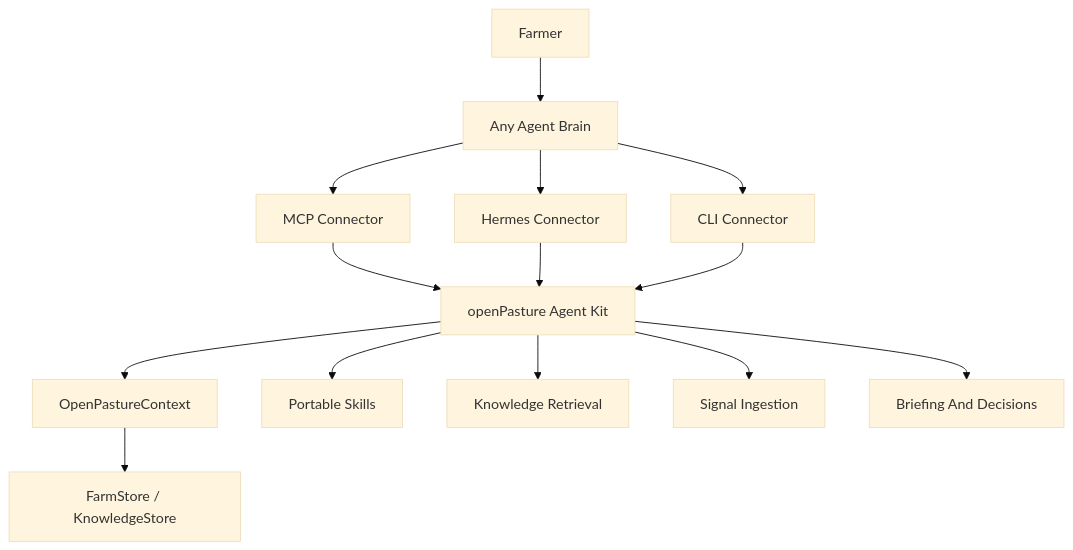
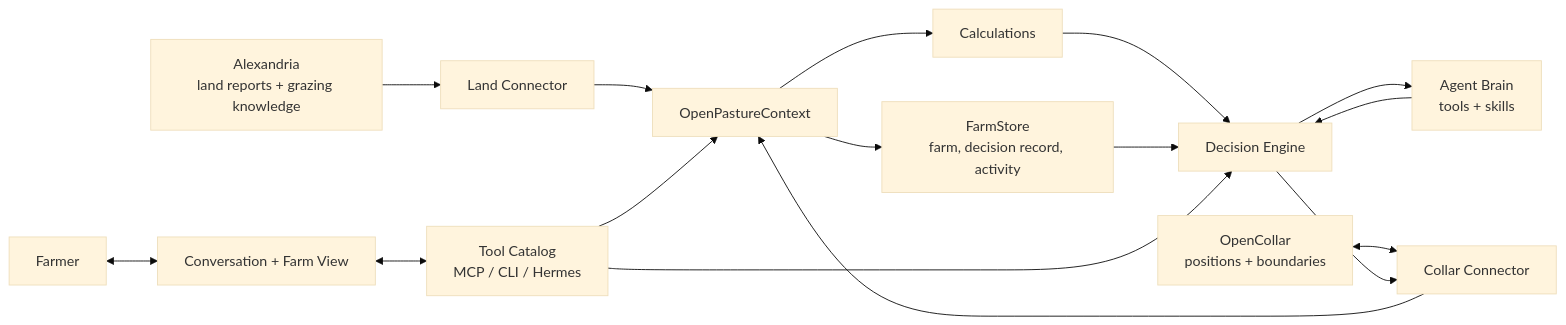
One commit to open-pasture/openpasture-agent-kit changed the diagram in docs/architecture.md. Above: the diagram before and after it, drawn with Mermaid (base theme). The commit also changed other lines of this file and 51 other files, not shown here.

First line of the commit message:
Reframe the kit as the decision layer between land and collars

````diff
--- a/docs/architecture.md
+++ b/docs/architecture.md
@@ -5,16 +9,18 @@
 ```mermaid
-flowchart TD
-    Farmer[Farmer] --> AgentBrain["Any Agent Brain"]
-    AgentBrain --> MCP["MCP Connector"]
-    AgentBrain --> Hermes["Hermes Connector"]
-    AgentBrain --> CLI["CLI Connector"]
-    MCP --> Toolkit["openPasture Agent Kit"]
-    Hermes --> Toolkit
-    CLI --> Toolkit
-    Toolkit --> Context["OpenPastureContext"]
-    Context --> Store["FarmStore / KnowledgeStore"]
-    Toolkit --> Skills["Portable Skills"]
-    Toolkit --> Knowledge["Knowledge Retrieval"]
-    Toolkit --> Ingestion["Signal Ingestion"]
-    Toolkit --> Briefing["Briefing And Decisions"]
+flowchart LR
+    Alexandria["Alexandria<br/>land reports + grazing knowledge"] --> Land["Land Connector"]
+    Collars["OpenCollar<br/>positions + boundaries"] <--> Collar["Collar Connector"]
+    Land --> Context["OpenPastureContext"]
+    Collar --> Context
+    Context --> Store["FarmStore<br/>farm, decision record, activity"]
+    Context --> Derive["Calculations"]
+    Derive --> Engine["Decision Engine"]
+    Store --> Engine
+    Engine --> Agent["Agent Brain<br/>tools + skills"]
+    Agent --> Engine
+    Engine --> Collar
+    Farmer["Farmer"] <--> Surfaces["Conversation + Farm View"]
+    Surfaces <--> Toolkit["Tool Catalog<br/>MCP / CLI / Hermes"]
+    Toolkit --> Context
+    Toolkit --> Engine
 ```
````
